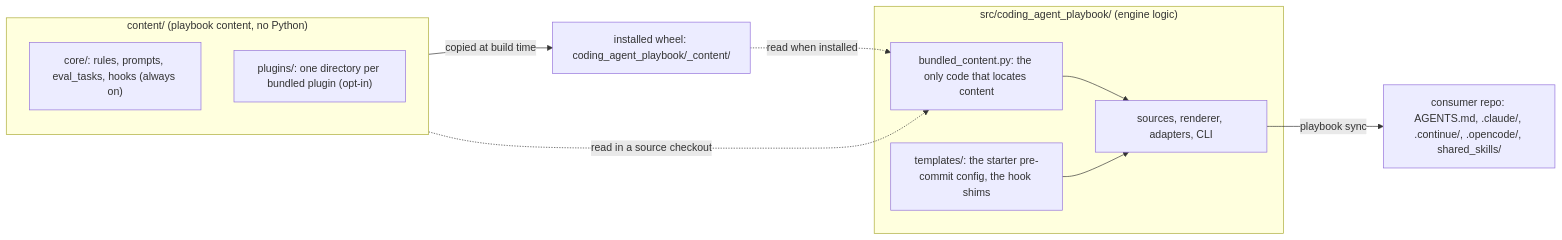
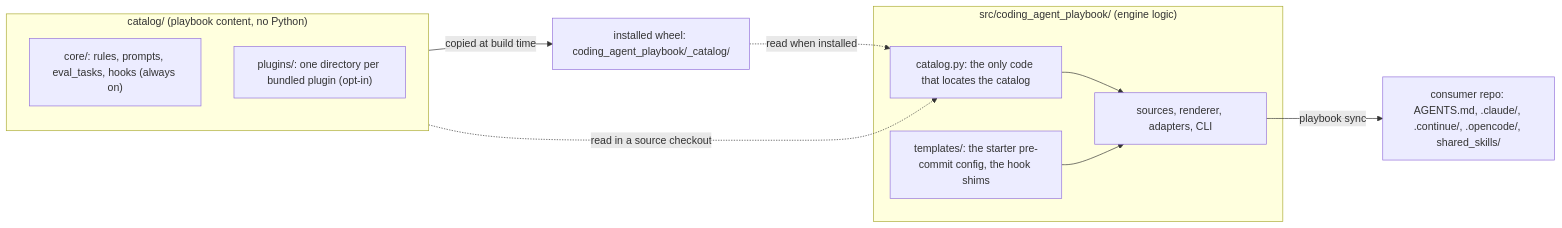
The diagram in README.md (msobroza/coding-agent-playbook), drawn with Mermaid before and after one commit. The commit also changed other lines of this file and 8 other files, not shown here.

````diff
--- a/README.md
+++ b/README.md
@@ -145,20 +147,20 @@
 ```mermaid
 flowchart LR
-    subgraph content["content/ (playbook content, no Python)"]
+    subgraph catalog["catalog/ (playbook content, no Python)"]
         core["core/: rules, prompts, eval_tasks, hooks (always on)"]
         plugins["plugins/: one directory per bundled plugin (opt-in)"]
     end
     subgraph src["src/coding_agent_playbook/ (engine logic)"]
-        resolver["bundled_content.py: the only code that locates content"]
+        resolver["catalog.py: the only code that locates the catalog"]
         engine["sources, renderer, adapters, CLI"]
         template["templates/: the starter pre-commit config, the hook shims"]
     end
-    wheel["installed wheel: coding_agent_playbook/_content/"]
+    wheel["installed wheel: coding_agent_playbook/_catalog/"]
     consumer["consumer repo: AGENTS.md, .claude/, .continue/, .opencode/, shared_skills/"]
-    content -->|"copied at build time"| wheel
-    content -.->|"read in a source checkout"| resolver
+    catalog -->|"copied at build time"| wheel
+    catalog -.->|"read in a source checkout"| resolver
     wheel -.->|"read when installed"| resolver
     resolver --> engine
     template --> engine
     engine -->|"playbook sync"| consumer
 ```
````
